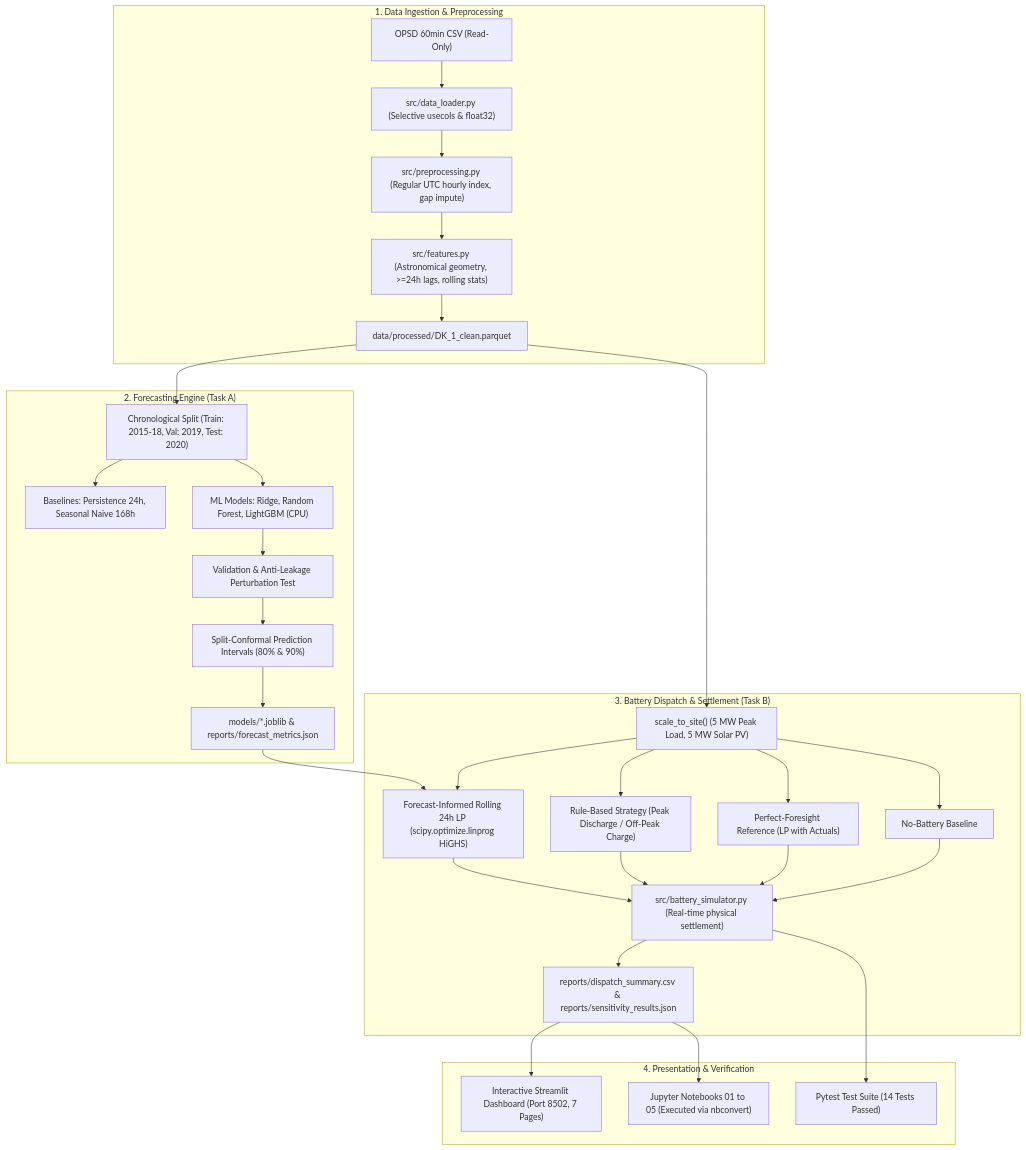
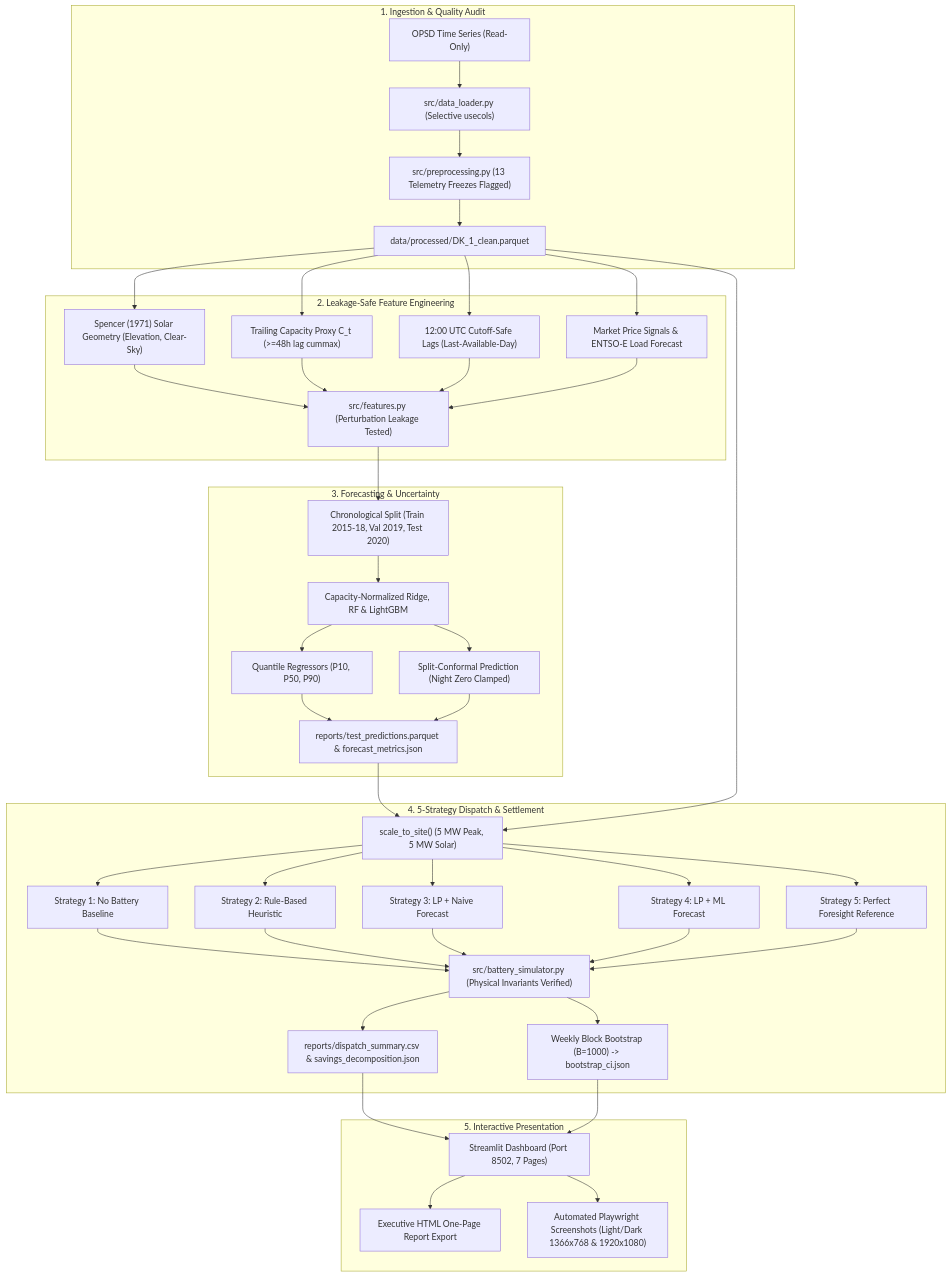
One commit to jaythakkar735/Renewable-Energy-Intelligence changed the diagram in README.md. Above: the diagram before and after it, drawn with Mermaid. The commit also changed other lines of this file and 99 other files, not shown here.

````diff
--- a/README.md
+++ b/README.md
@@ -35,34 +100,42 @@
 ```mermaid
 flowchart TD
-    subgraph DataIngestion["1. Data Ingestion & Preprocessing"]
-        A["OPSD 60min CSV (Read-Only)"] --> B["src/data_loader.py (Selective usecols & float32)"]
-        B --> C["src/preprocessing.py (Regular UTC hourly index, gap impute)"]
-        C --> D["src/features.py (Astronomical geometry, >=24h lags, rolling stats)"]
-        D --> E["data/processed/DK_1_clean.parquet"]
+    subgraph Ingestion["1. Ingestion & Quality Audit"]
+        A["OPSD Time Series (Read-Only)"] --> B["src/data_loader.py (Selective usecols)"]
+        B --> C["src/preprocessing.py (13 Telemetry Freezes Flagged)"]
+        C --> D["data/processed/DK_1_clean.parquet"]
     end
 
-    subgraph ForecastingEngine["2. Forecasting Engine (Task A)"]
-        E --> F["Chronological Split (Train: 2015-18, Val: 2019, Test: 2020)"]
-        F --> G["Baselines: Persistence 24h, Seasonal Naive 168h"]
-        F --> H["ML Models: Ridge, Random Forest, LightGBM (CPU)"]
-        H --> I["Validation & Anti-Leakage Perturbation Test"]
-        I --> J["Split-Conformal Prediction Intervals (80% & 90%)"]
-        J --> K["models/*.joblib & reports/forecast_metrics.json"]
+    subgraph FeatureEngineering["2. Leakage-Safe Feature Engineering"]
+        D --> E["Spencer (1971) Solar Geometry (Elevation, Clear-Sky)"]
+        D --> F["Trailing Capacity Proxy C_t (>=48h lag cummax)"]
+        D --> G["12:00 UTC Cutoff-Safe Lags (Last-Available-Day)"]
+        D --> H["Market Price Signals & ENTSO-E Load Forecast"]
+        E & F & G & H --> I["src/features.py (Perturbation Leakage Tested)"]
     end
 
-    subgraph DispatchOptimization["3. Battery Dispatch & Settlement (Task B)"]
-        E --> L["scale_to_site() (5 MW Peak Load, 5 MW Solar PV)"]
-        K & L --> M["Forecast-Informed Rolling 24h LP (scipy.optimize.linprog HiGHS)"]
-        L --> N["Rule-Based Strategy (Peak Discharge / Off-Peak Charge)"]
-        L --> O["Perfect-Foresight Reference (LP with Actuals)"]
-        L --> P["No-Battery Baseline"]
-        M & N & O & P --> Q["src/battery_simulator.py (Real-time physical settlement)"]
-        Q --> R["reports/dispatch_summary.csv & reports/sensitivity_results.json"]
+    subgraph Models["3. Forecasting & Uncertainty"]
+        I --> J["Chronological Split (Train 2015-18, Val 2019, Test 2020)"]
+        J --> K["Capacity-Normalized Ridge, RF & LightGBM"]
+        K --> L["Quantile Regressors (P10, P50, P90)"]
+        K --> M["Split-Conformal Prediction (Night Zero Clamped)"]
+        L & M --> N["reports/test_predictions.parquet & forecast_metrics.json"]
     end
 
-    subgraph Presentation["4. Presentation & Verification"]
-        R --> S["Interactive Streamlit Dashboard (Port 8502, 7 Pages)"]
-        R --> T["Jupyter Notebooks 01 to 05 (Executed via nbconvert)"]
-        Q --> U["Pytest Test Suite (14 Tests Passed)"]
+    subgraph Optimization["4. 5-Strategy Dispatch & Settlement"]
+        N & D --> O["scale_to_site() (5 MW Peak, 5 MW Solar)"]
+        O --> P["Strategy 1: No Battery Baseline"]
+        O --> Q["Strategy 2: Rule-Based Heuristic"]
+        O --> R["Strategy 3: LP + Naive Forecast"]
+        O --> S["Strategy 4: LP + ML Forecast"]
+        O --> T["Strategy 5: Perfect Foresight Reference"]
+        P & Q & R & S & T --> U["src/battery_simulator.py (Physical Invariants Verified)"]
+        U --> V["reports/dispatch_summary.csv & savings_decomposition.json"]
+        U --> W["Weekly Block Bootstrap (B=1000) -> bootstrap_ci.json"]
+    end
+
+    subgraph App["5. Interactive Presentation"]
+        V & W --> X["Streamlit Dashboard (Port 8502, 7 Pages)"]
+        X --> Y["Executive HTML One-Page Report Export"]
+        X --> Z["Automated Playwright Screenshots (Light/Dark 1366x768 & 1920x1080)"]
     end
 ```
````
